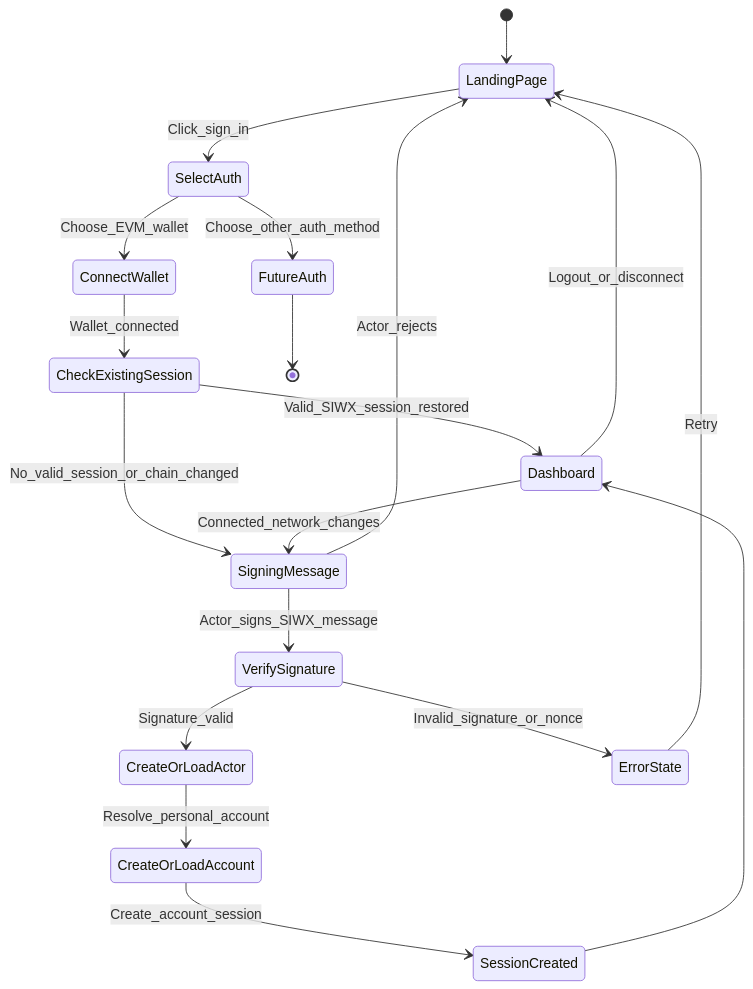
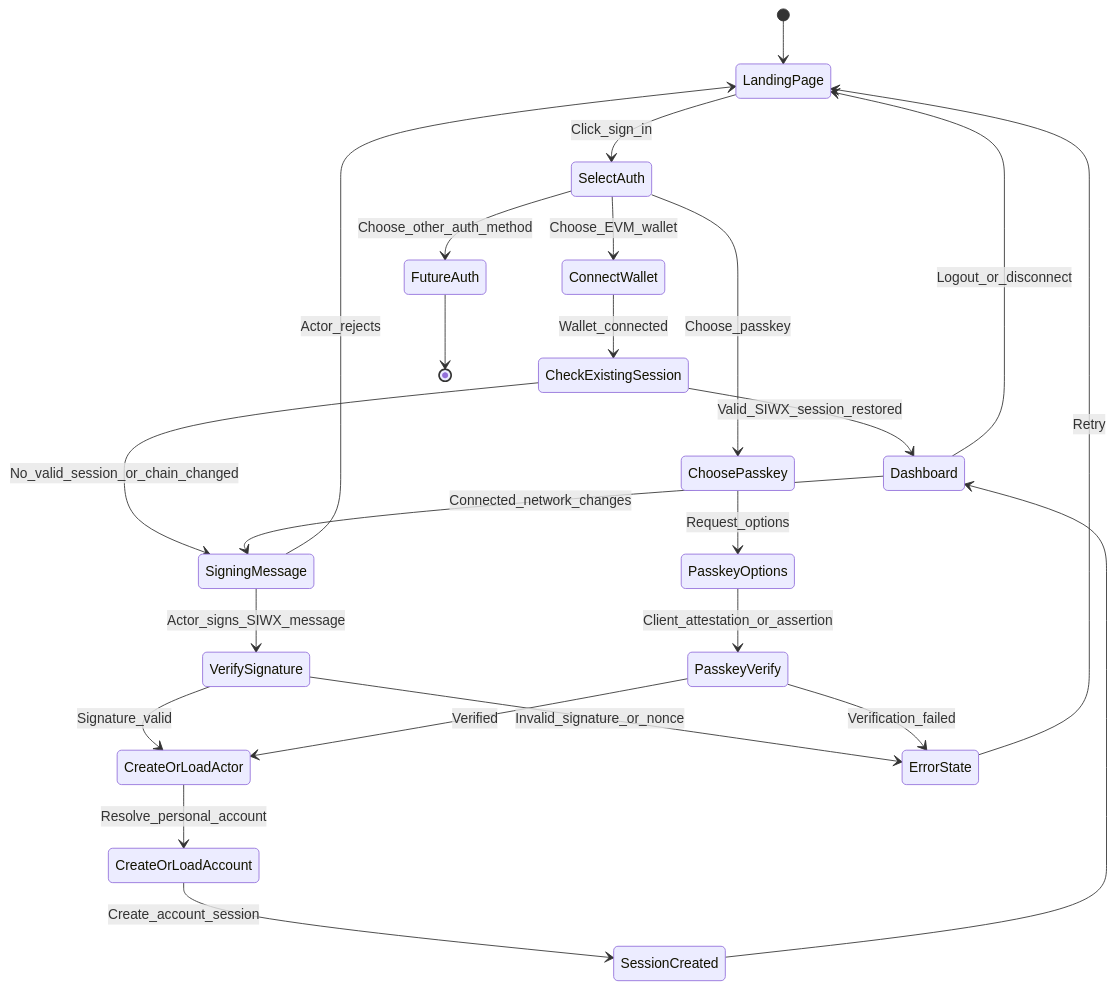
Before and after one commit to marcopesani/x402-mcp-gateway: the first of 7 diagrams in specifications/04-features.md, drawn with Mermaid. The commit also changed other lines of this file and 4 other files, not shown here.

First line of the commit message:
specs: add passkey auth, multi-auth linking, and dedicated auth page

````diff
--- a/specifications/04-features.md
+++ b/specifications/04-features.md
@@ -28,21 +32,26 @@
 ```mermaid
 stateDiagram-v2
     [*] --> LandingPage
     LandingPage --> SelectAuth: Click_sign_in
     SelectAuth --> ConnectWallet: Choose_EVM_wallet
+    SelectAuth --> ChoosePasskey: Choose_passkey
     SelectAuth --> FutureAuth: Choose_other_auth_method
     ConnectWallet --> CheckExistingSession: Wallet_connected
     CheckExistingSession --> Dashboard: Valid_SIWX_session_restored
     CheckExistingSession --> SigningMessage: No_valid_session_or_chain_changed
     SigningMessage --> VerifySignature: Actor_signs_SIWX_message
     SigningMessage --> LandingPage: Actor_rejects
     VerifySignature --> CreateOrLoadActor: Signature_valid
+    VerifySignature --> ErrorState: Invalid_signature_or_nonce
+    ChoosePasskey --> PasskeyOptions: Request_options
+    PasskeyOptions --> PasskeyVerify: Client_attestation_or_assertion
+    PasskeyVerify --> CreateOrLoadActor: Verified
+    PasskeyVerify --> ErrorState: Verification_failed
     CreateOrLoadActor --> CreateOrLoadAccount: Resolve_personal_account
     CreateOrLoadAccount --> SessionCreated: Create_account_session
     SessionCreated --> Dashboard
     Dashboard --> SigningMessage: Connected_network_changes
     Dashboard --> LandingPage: Logout_or_disconnect
-    VerifySignature --> ErrorState: Invalid_signature_or_nonce
     ErrorState --> LandingPage: Retry
     FutureAuth --> [*]
 ```
````
